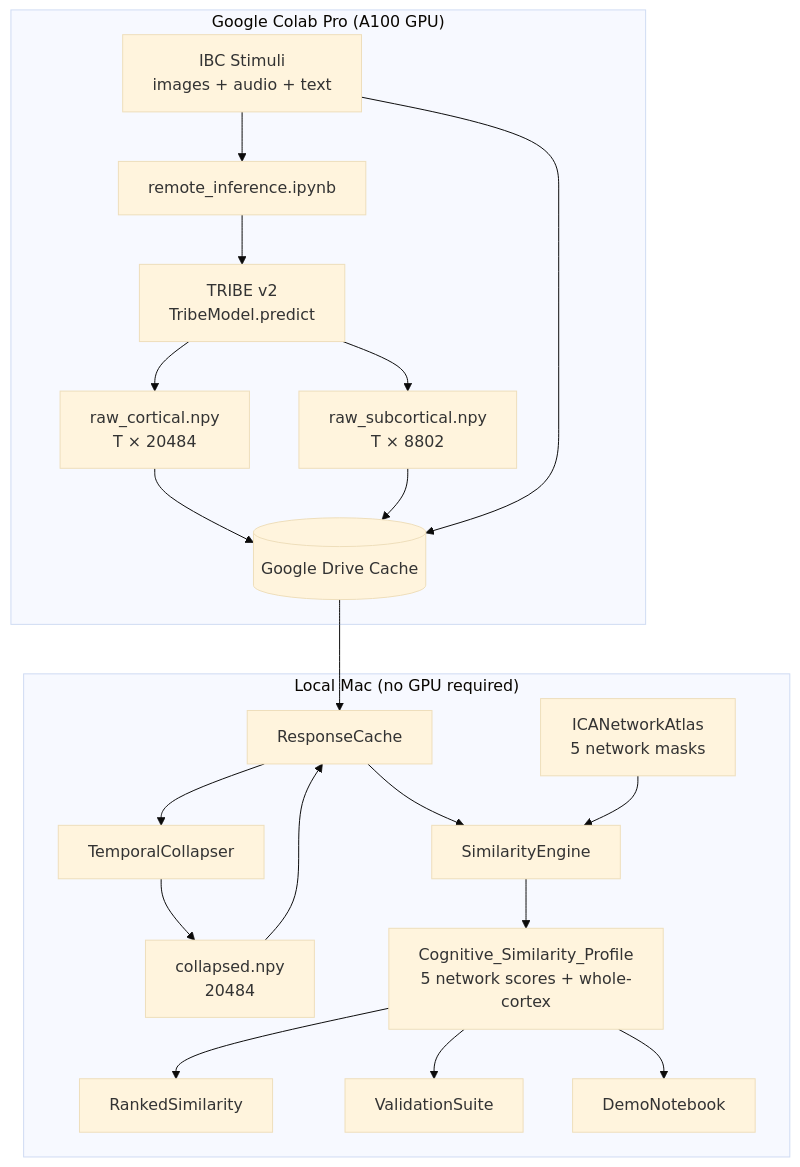
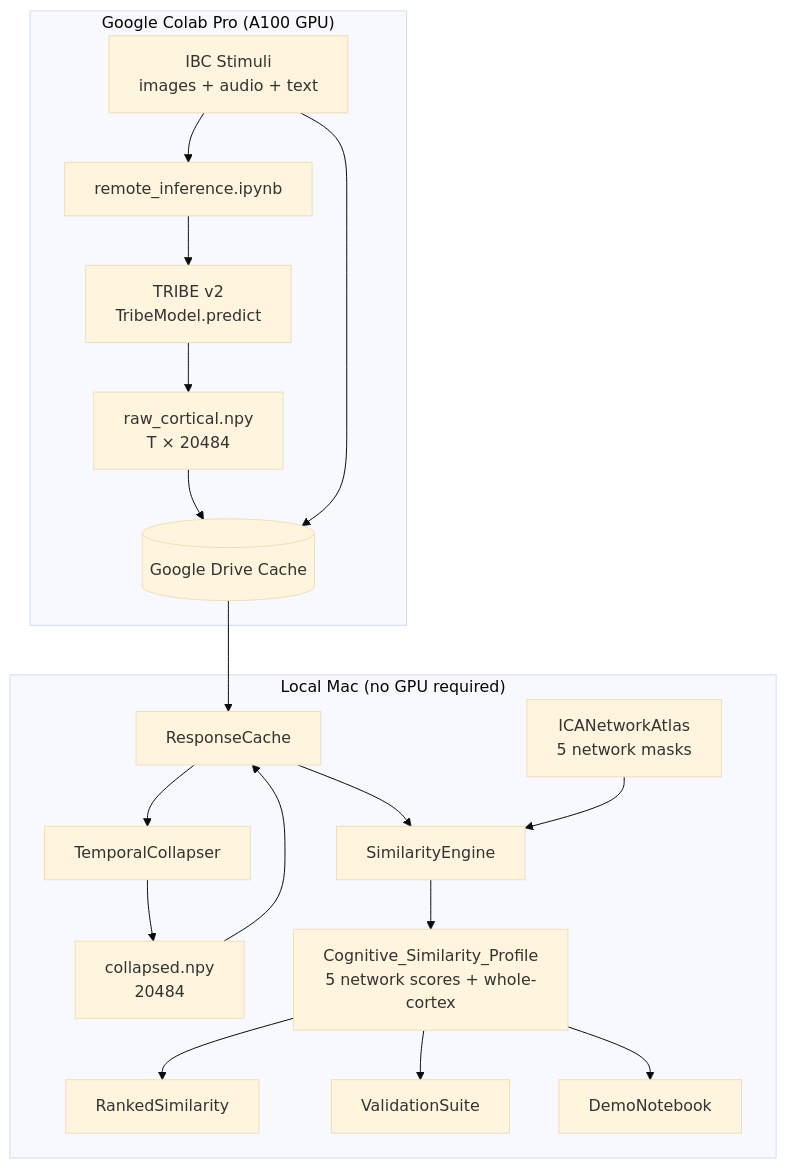
One commit to gdavid7/cogsimexperiment changed the diagram in .kiro/specs/cognitive-similarity/design.md. Above: the diagram before and after it, drawn with Mermaid (base theme). The commit also changed other lines of this file and 11 other files, not shown here.

````diff
--- a/.kiro/specs/cognitive-similarity/design.md
+++ b/.kiro/specs/cognitive-similarity/design.md
@@ -28,25 +28,23 @@
 ```mermaid
 graph TD
     subgraph COLAB["Google Colab Pro (A100 GPU)"]
         A[IBC Stimuli<br/>images + audio + text] --> B[remote_inference.ipynb]
         B --> C[TRIBE v2<br/>TribeModel.predict]
         C --> D1[raw_cortical.npy<br/>T × 20484]
-        C --> D2[raw_subcortical.npy<br/>T × 8802]
         D1 --> GD[(Google Drive Cache)]
-        D2 --> GD
         A --> GD
     end
 
     subgraph LOCAL["Local Mac (no GPU required)"]
         GD --> RC[ResponseCache]
         RC --> TC[TemporalCollapser]
         TC --> CR[collapsed.npy<br/>20484]
         CR --> RC
         RC --> SE[SimilarityEngine]
         ICA[ICANetworkAtlas<br/>5 network masks] --> SE
         SE --> P[Cognitive_Similarity_Profile<br/>5 network scores + whole-cortex]
         P --> R[RankedSimilarity]
         P --> V[ValidationSuite]
         P --> DN[DemoNotebook]
     end
 ```
````
